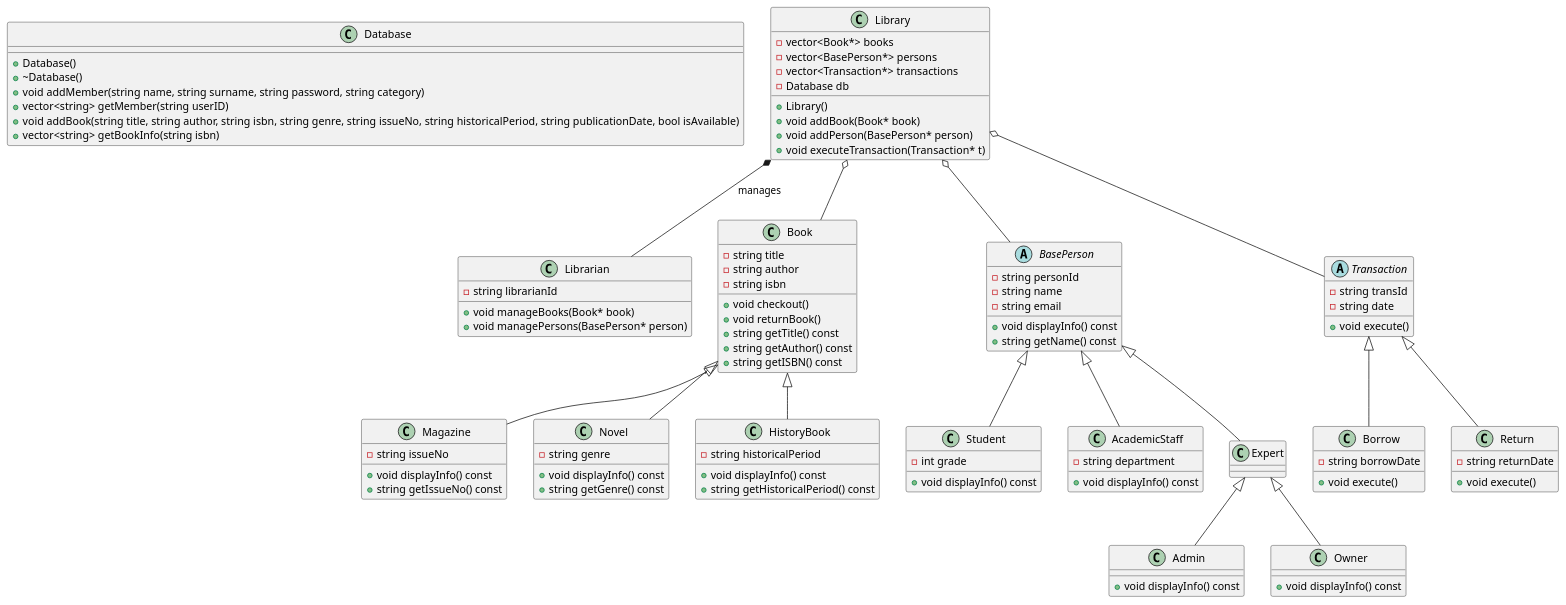
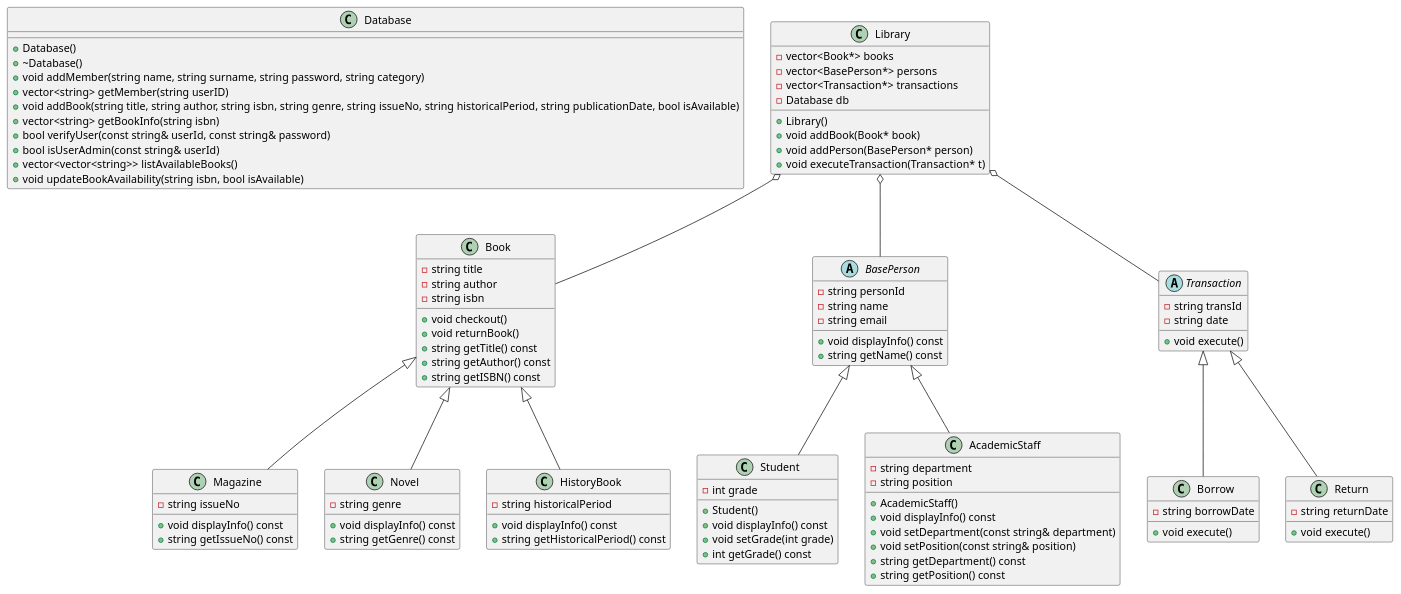
The diagram in Diagram/library_system.puml (umutsar/LibraryManagementSystem), drawn with PlantUML before and after one commit. The commit also changed 1 other file, not shown here.

```diff
--- a/Diagram/library_system.puml
+++ b/Diagram/library_system.puml
@@ -1,126 +1,117 @@
 @startuml
 
 class Database {
     + Database()
     + ~Database()
     + void addMember(string name, string surname, string password, string category)
     + vector<string> getMember(string userID)
     + void addBook(string title, string author, string isbn, string genre, string issueNo, string historicalPeriod, string publicationDate, bool isAvailable)
     + vector<string> getBookInfo(string isbn)
+    + bool verifyUser(const string& userId, const string& password)
+    + bool isUserAdmin(const string& userId)
+    + vector<vector<string>> listAvailableBooks()
+    + void updateBookAvailability(string isbn, bool isAvailable)
 }
 
 
 class Library {
     - vector<Book*> books
     - vector<BasePerson*> persons
     - vector<Transaction*> transactions
     - Database db
     + Library()
     + void addBook(Book* book)
     + void addPerson(BasePerson* person)
     + void executeTransaction(Transaction* t)
 }
 
-class Librarian {
-    - string librarianId
-    + void manageBooks(Book* book)
-    + void managePersons(BasePerson* person)
-}
 
-Library *-- Librarian : manages
 Library o-- Book
 Library o-- BasePerson
 Library o-- Transaction
 
 
 abstract class BasePerson {
     - string personId
     - string name
     - string email
     + void displayInfo() const
     + string getName() const
 }
 
 class Student {
     - int grade
+    + Student()
     + void displayInfo() const
+    + void setGrade(int grade)
+    + int getGrade() const
 }
 
 class AcademicStaff {
     - string department
+    - string position
+    + AcademicStaff()
     + void displayInfo() const
+    + void setDepartment(const string& department)
+    + void setPosition(const string& position)
+    + string getDepartment() const
+    + string getPosition() const
 }
 
 BasePerson <|-- Student
 BasePerson <|-- AcademicStaff
 
 
 abstract class Transaction {
     - string transId
     - string date
     + void execute() 
 }
 
 class Borrow {
     - string borrowDate
     + void execute()
 }
 
 class Return {
     - string returnDate
     + void execute()
 }
 
 Transaction <|-- Borrow
 Transaction <|-- Return
 
 class Book {
     - string title
     - string author
     - string isbn
     + void checkout()
     + void returnBook()
     + string getTitle() const
     + string getAuthor() const
     + string getISBN() const
 }
 
 class Magazine {
     - string issueNo
     + void displayInfo() const
     + string getIssueNo() const
 }
 
 class Novel {
     - string genre
     + void displayInfo() const
     + string getGenre() const
 }
 
 class HistoryBook {
     - string historicalPeriod
     + void displayInfo() const
     + string getHistoricalPeriod() const
 }
 
 Book <|-- Magazine
 Book <|-- Novel
 Book <|-- HistoryBook
 
-class Expert {
-}
-
-class Admin {
-    + void displayInfo() const
-}
-
-class Owner {
-    + void displayInfo() const
-}
-
-Expert <|-- Admin
-Expert <|-- Owner
-
-BasePerson <|-- Expert
-
 @enduml
```
